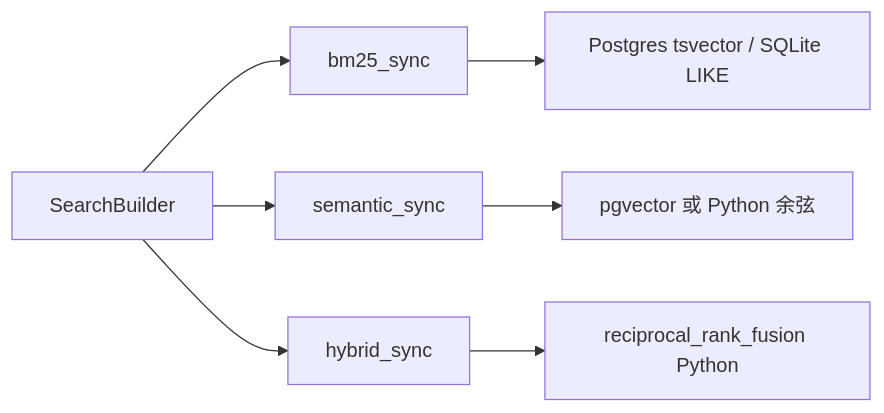
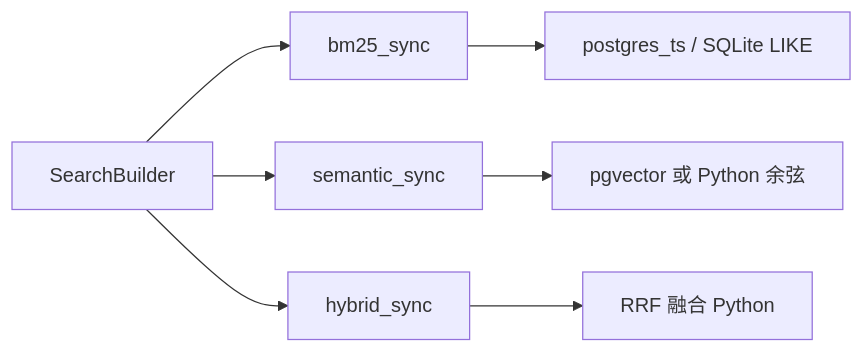
The fifth of 6 diagrams in docs/ARCHITECTURE.md (koritafei-jpg/ent-python), drawn with Mermaid before and after one commit. The commit also changed other lines of this file and 10 other files, not shown here.

````diff
--- a/docs/ARCHITECTURE.md
+++ b/docs/ARCHITECTURE.md
@@ -261,9 +309,9 @@
 ```mermaid
 flowchart LR
     SB[SearchBuilder] --> BM25[bm25_sync]
     SB --> SEM[semantic_sync]
     SB --> HYB[hybrid_sync]
-    BM25 --> PG[Postgres tsvector / SQLite LIKE]
+    BM25 --> PG[postgres_ts / SQLite LIKE]
     SEM --> VEC[pgvector 或 Python 余弦]
-    HYB --> RRF[reciprocal_rank_fusion Python]
+    HYB --> RRF[RRF 融合 Python]
 ```
````
